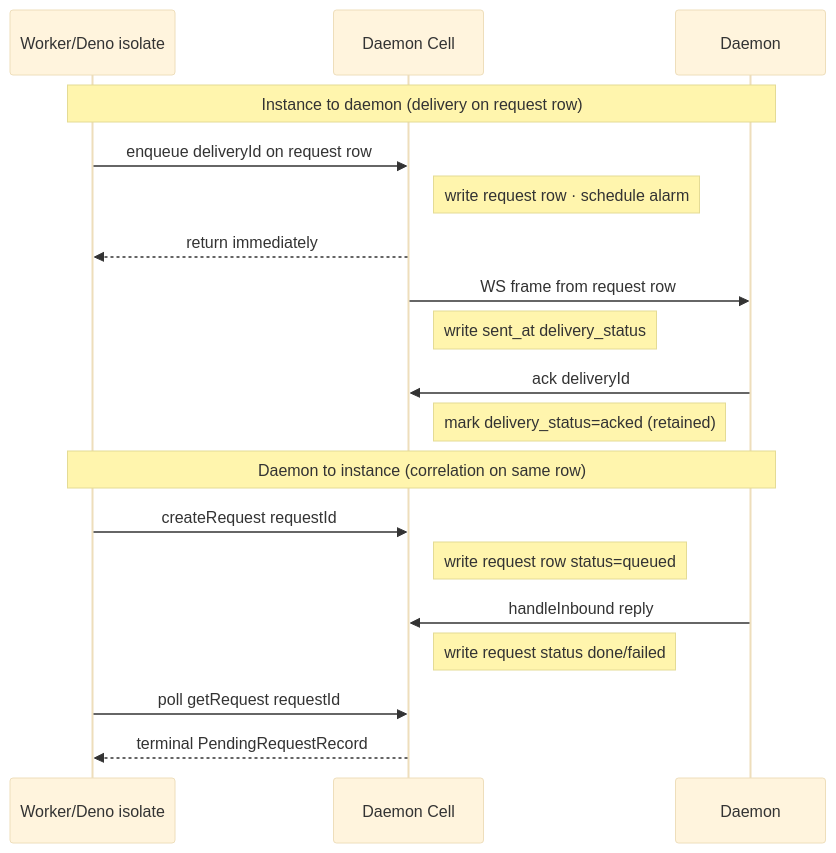
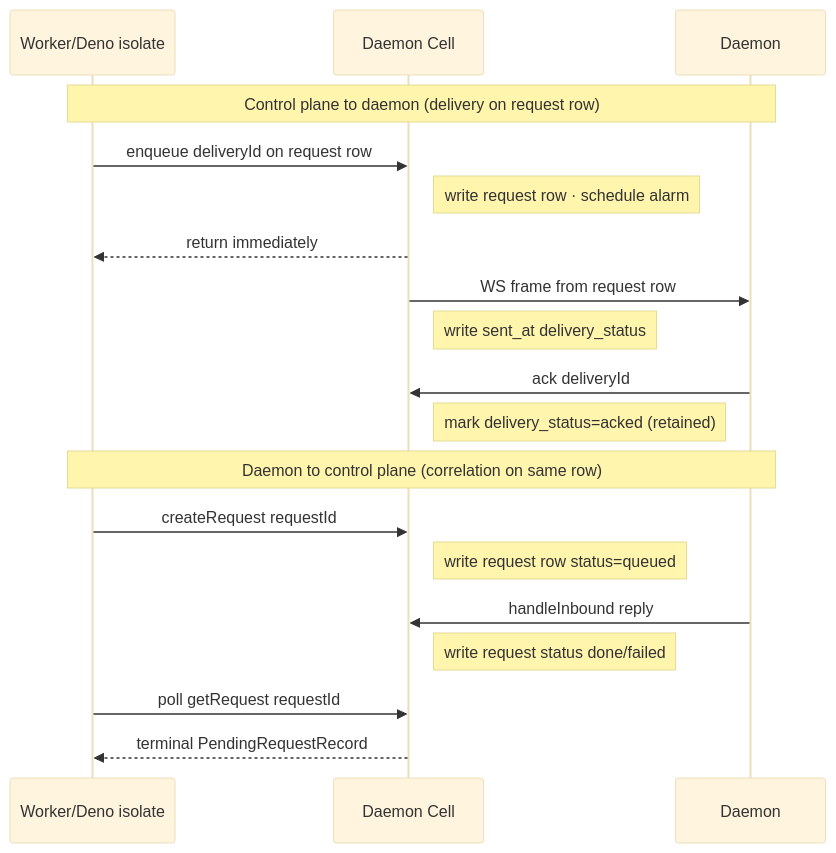
Before and after one commit to TurboPanel/website: the sixth of 8 diagrams in docs/architecture/daemon-cell.mdx, drawn with Mermaid (base theme). The commit also changed other lines of this file and 14 other files, not shown here.

First line of the commit message:
docs: use app, control plane and site owner's Linux user in the architecture and security pages (#127)

````diff
--- a/docs/architecture/daemon-cell.mdx
+++ b/docs/architecture/daemon-cell.mdx
@@ -351,26 +351,26 @@
 ```mermaid
 sequenceDiagram
     participant Caller as Worker/Deno isolate
     participant Cell as Daemon Cell
     participant Daemon
 
-    Note over Caller,Daemon: Instance to daemon (delivery on request row)
+    Note over Caller,Daemon: Control plane to daemon (delivery on request row)
 
     Caller->>Cell: enqueue deliveryId on request row
     Note right of Cell: write request row · schedule alarm
     Cell-->>Caller: return immediately
 
     Cell->>Daemon: WS frame from request row
     Note right of Cell: write sent_at delivery_status
     Daemon->>Cell: ack deliveryId
     Note right of Cell: mark delivery_status=acked (retained)
 
-    Note over Caller,Daemon: Daemon to instance (correlation on same row)
+    Note over Caller,Daemon: Daemon to control plane (correlation on same row)
 
     Caller->>Cell: createRequest requestId
     Note right of Cell: write request row status=queued
     Daemon->>Cell: handleInbound reply
     Note right of Cell: write request status done/failed
     Caller->>Cell: poll getRequest requestId
     Cell-->>Caller: terminal PendingRequestRecord
 ```
````
